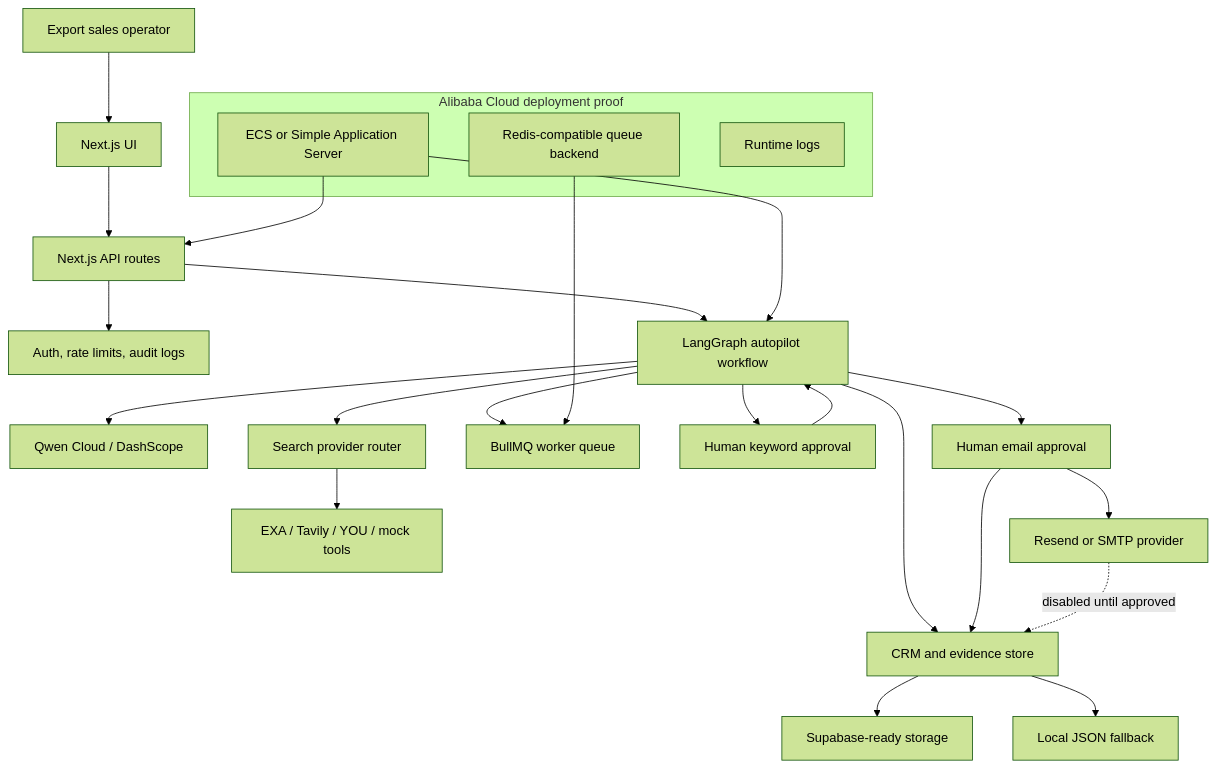
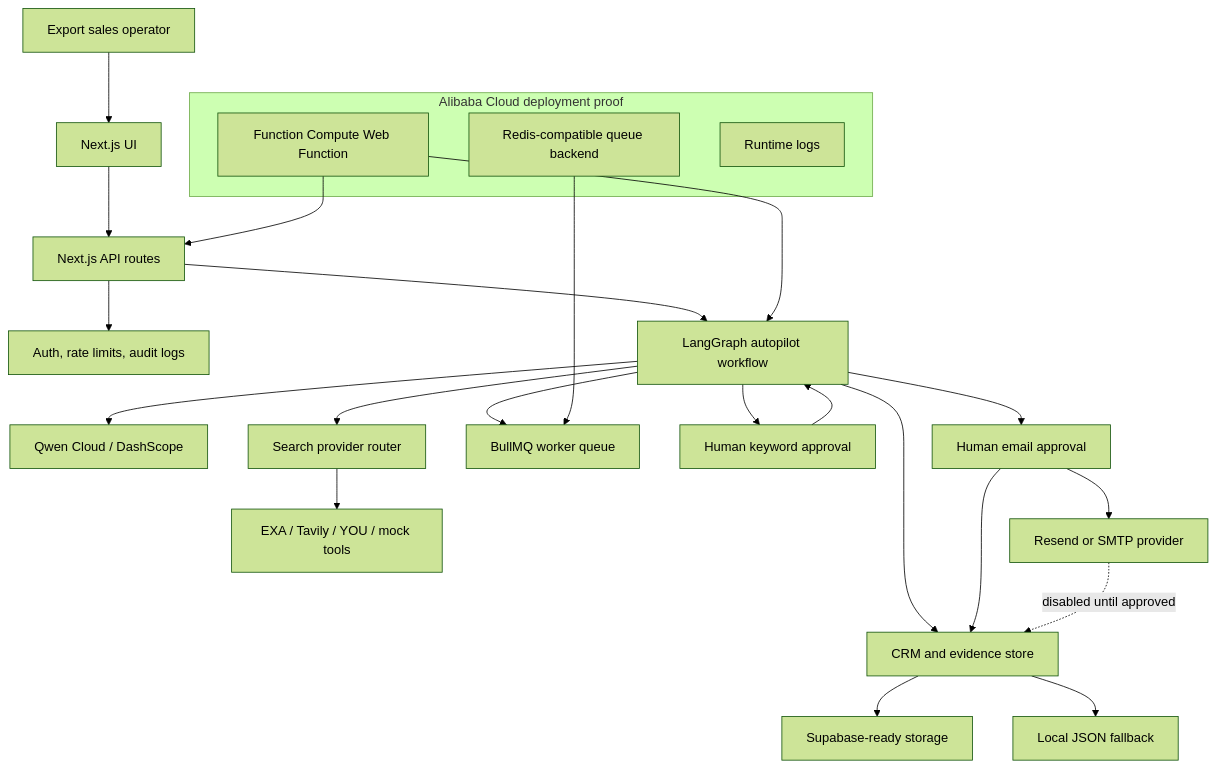
One commit to yhaosen31-dot/waimao-qwen-hackathon changed the diagram in docs/architecture.md. Above: the diagram before and after it, drawn with Mermaid (forest theme). The commit also changed 5 other files, not shown here.

Commit message:
Add verified Alibaba Function Compute deployment

````diff
--- a/docs/architecture.md
+++ b/docs/architecture.md
@@ -9,34 +9,34 @@
 ```mermaid
 flowchart TB
   Operator["Export sales operator"] --> UI["Next.js UI"]
   UI --> API["Next.js API routes"]
   API --> Auth["Auth, rate limits, audit logs"]
   API --> Graph["LangGraph autopilot workflow"]
 
   Graph --> Qwen["Qwen Cloud / DashScope"]
   Graph --> SearchRouter["Search provider router"]
   Graph --> Store["CRM and evidence store"]
   Graph --> Queue["BullMQ worker queue"]
 
   SearchRouter --> SearchTools["EXA / Tavily / YOU / mock tools"]
   Store --> Supabase["Supabase-ready storage"]
   Store --> LocalJson["Local JSON fallback"]
 
   Graph --> KeywordGate["Human keyword approval"]
   KeywordGate --> Graph
   Graph --> EmailGate["Human email approval"]
   EmailGate --> Store
 
   EmailGate --> Email["Resend or SMTP provider"]
   Email -. "disabled until approved" .-> Store
 
   subgraph Alibaba["Alibaba Cloud deployment proof"]
-    Runtime["ECS or Simple Application Server"]
+    Runtime["Function Compute Web Function"]
     Redis["Redis-compatible queue backend"]
     Logs["Runtime logs"]
   end
 
   Runtime --> API
   Runtime --> Graph
   Redis --> Queue
 ```
````
